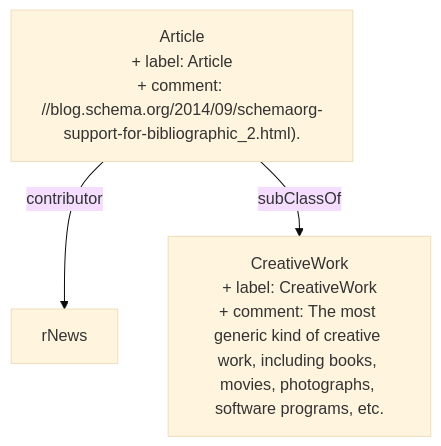
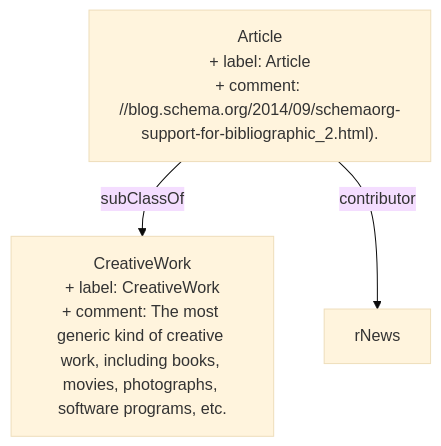
Before and after one commit to heidingaway/heidi2: the diagram in content/schema/Article.md, drawn with Mermaid (base theme). The commit also changed other lines of this file and 512 other files, not shown here.

````diff
--- a/content/schema/Article.md
+++ b/content/schema/Article.md
@@ -27,8 +27,8 @@
 ```mermaid
 graph TD
   Article["Article<br>+ label: Article<br>+ comment: //blog.schema.org/2014/09/schemaorg-support-for-bibliographic_2.html)."]:::current-page-node
   CreativeWork["CreativeWork<br>+ label: CreativeWork<br>+ comment: The most generic kind of creative work, including books, movies, photographs, software programs, etc."]
   rNews["rNews"]
+  Article-->|" subClassOf "|CreativeWork
   Article-->|" contributor "|rNews
-  Article-->|" subClassOf "|CreativeWork
 ```
````
